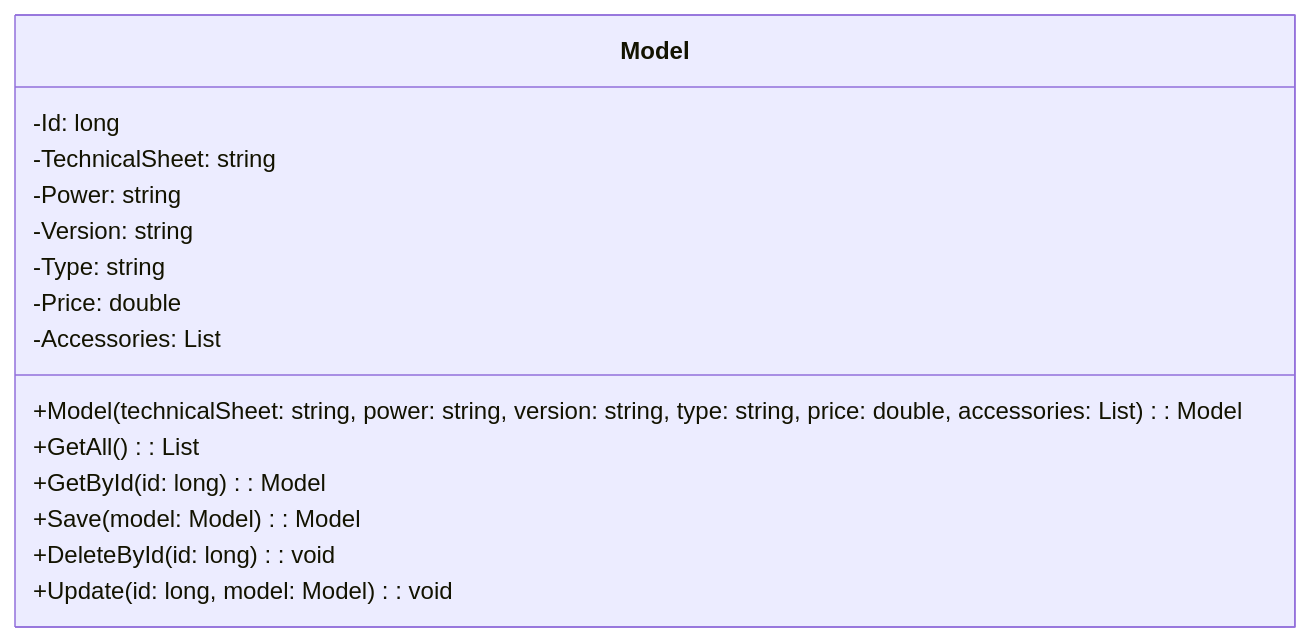
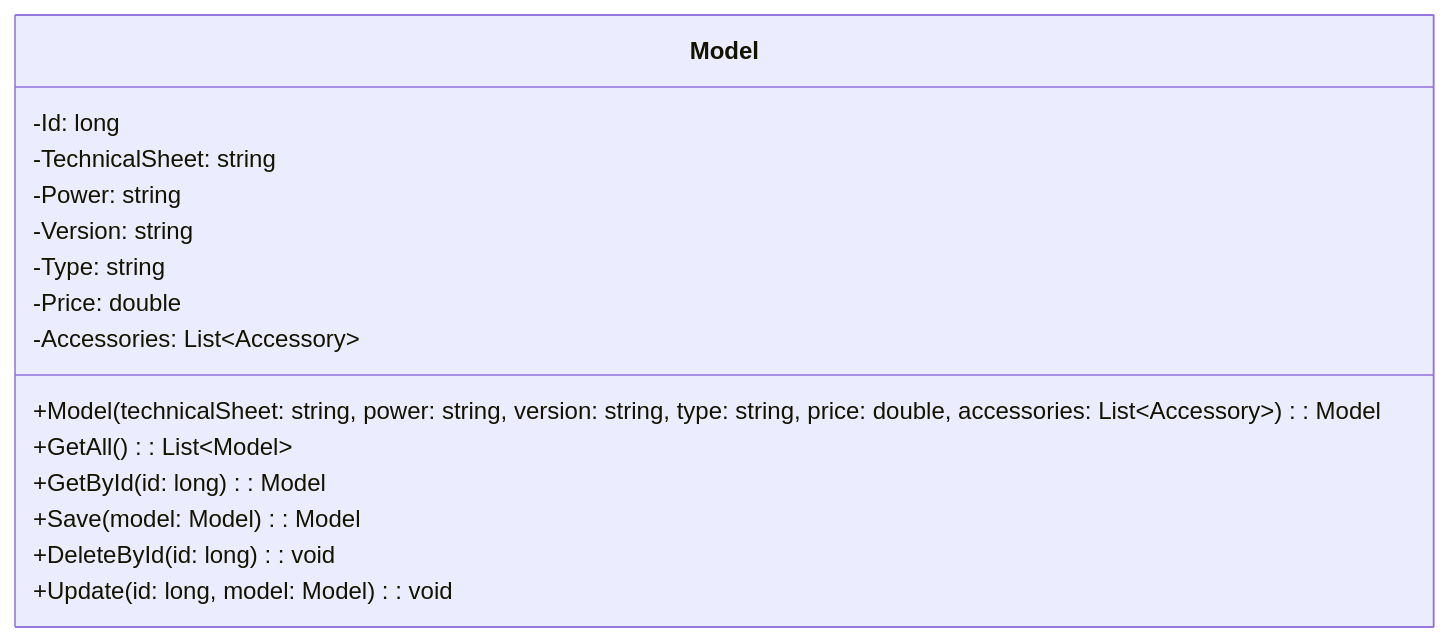
Before and after one commit to AndreLucas0/diagrama-de-classes-projeto-integrador: diagram 15 of 17 in Classes.md, drawn with Mermaid. The commit also changed other lines of this file, not shown here.

````diff
--- a/Classes.md
+++ b/Classes.md
@@ -229,19 +229,19 @@
 ```mermaid
 classDiagram
     class Model {
         -Id: long
         -TechnicalSheet: string
         -Power: string
         -Version: string
         -Type: string
         -Price: double
-        -Accessories: List<Accessory>
-        +Model (technicalSheet: string, power: string, version: string, type: string, price: double, accessories: List<Accessory>): Model
-        +GetAll (): List<Model>
+        -Accessories: List&lt;Accessory&gt;
+        +Model (technicalSheet: string, power: string, version: string, type: string, price: double, accessories: List&lt;Accessory&gt;): Model
+        +GetAll (): List&lt;Model&gt;
         +GetById (id: long): Model
         +Save (model: Model): Model
         +DeleteById (id: long): void
         +Update (id: long, model: Model): void
 
     }
 ```
````
